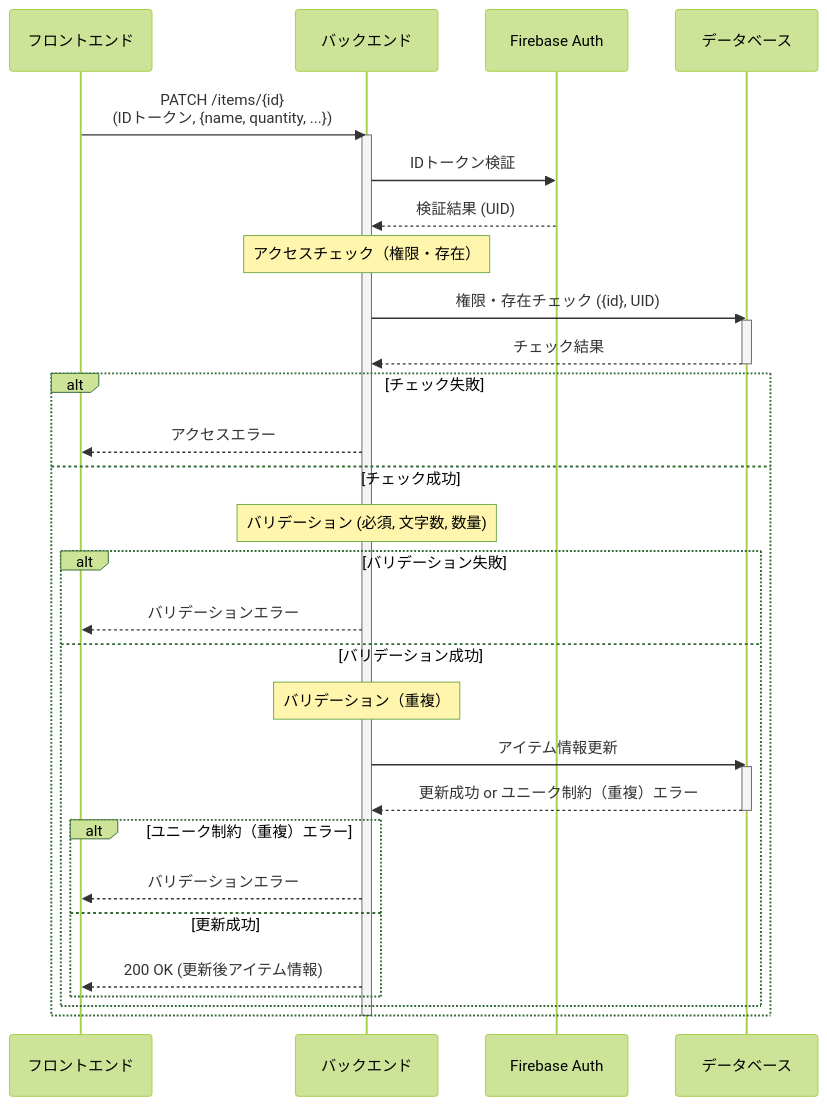
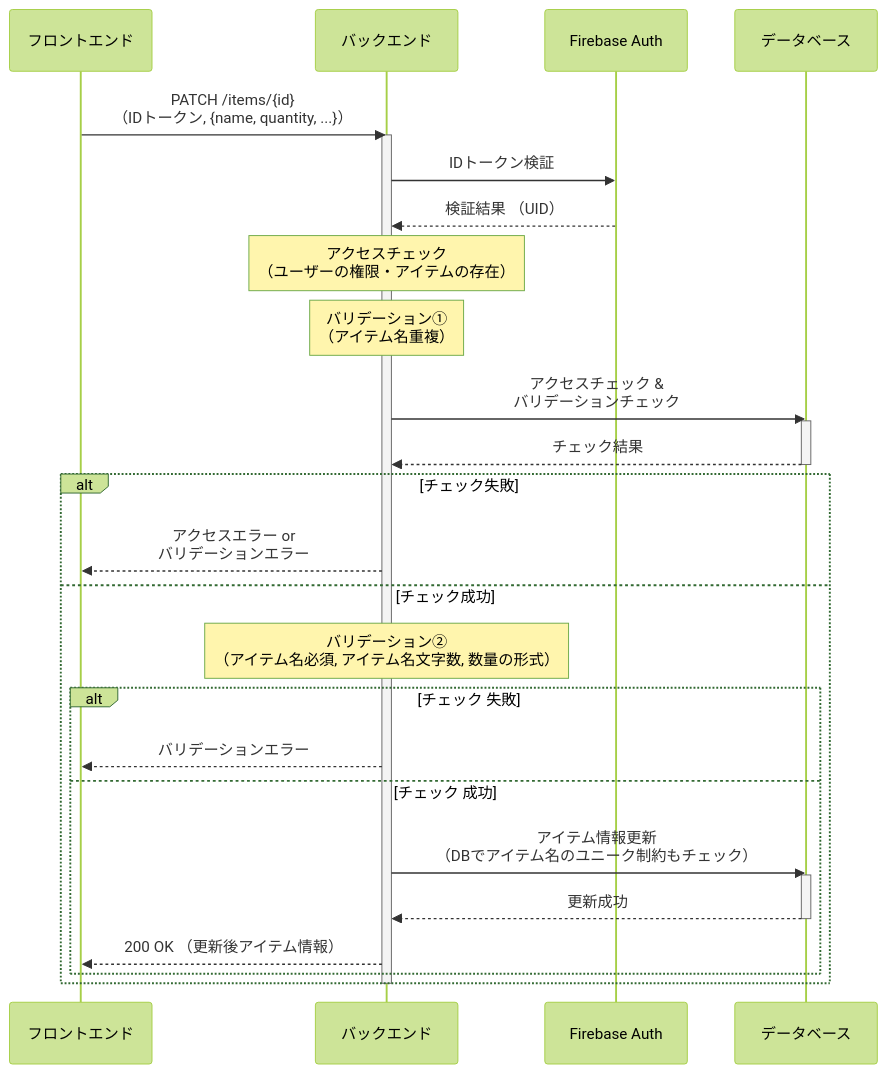
The eighth of 9 diagrams in doc/seaquence.md (miki-hayashi-71/inventory-api), drawn with Mermaid (forest theme) before and after one commit. The commit also changed other lines of this file, not shown here.

Commit message:
docs: Revise sequence diagram to clarify subjects and improve layout

````diff
--- a/doc/seaquence.md
+++ b/doc/seaquence.md
@@ -240,41 +236,36 @@
 ```mermaid
 sequenceDiagram
     participant フロントエンド
     participant バックエンド
     participant Firebase Auth
     participant データベース
 
-    フロントエンド->>バックエンド: PATCH /items/{id} <br> (IDトークン, {name, quantity, ...})
+    フロントエンド->>バックエンド: PATCH /items/{id} <br> （IDトークン, {name, quantity, ...}）
     activate バックエンド
     バックエンド->>Firebase Auth: IDトークン検証
-    Firebase Auth-->>バックエンド: 検証結果 (UID)
+    Firebase Auth-->>バックエンド: 検証結果 （UID）
 
-    note over バックエンド: アクセスチェック（権限・存在）
-    バックエンド->>データベース: 権限・存在チェック ({id}, UID)
+    note over バックエンド: アクセスチェック <br>（ユーザーの権限・アイテムの存在）
+    note over バックエンド: バリデーション① <br>（アイテム名重複）
+    バックエンド->>データベース: アクセスチェック &<br>バリデーションチェック
     activate データベース
     データベース-->>バックエンド: チェック結果
     deactivate データベース
 
     alt チェック失敗
-        バックエンド-->>フロントエンド: アクセスエラー
+        バックエンド-->>フロントエンド: アクセスエラー or<br>バリデーションエラー
     else チェック成功
-        note over バックエンド: バリデーション (必須, 文字数, 数量)
+        note over バックエンド: バリデーション② <br>（アイテム名必須, アイテム名文字数, 数量の形式）
         
-        alt バリデーション失敗
+        alt チェック 失敗
             バックエンド-->>フロントエンド: バリデーションエラー
-        else バリデーション成功
-            note over バックエンド: バリデーション（重複）
-            バックエンド->>データベース: アイテム情報更新
+        else チェック 成功
+            バックエンド->>データベース: アイテム情報更新 <br>（DBでアイテム名のユニーク制約もチェック）
             activate データベース
-            データベース-->>バックエンド: 更新成功 or ユニーク制約（重複）エラー
+            データベース-->>バックエンド: 更新成功
             deactivate データベース
-
-            alt ユニーク制約（重複）エラー
-                バックエンド-->>フロントエンド: バリデーションエラー
-            else 更新成功
-                バックエンド-->>フロントエンド: 200 OK (更新後アイテム情報)
-            end
+            バックエンド-->>フロントエンド: 200 OK （更新後アイテム情報）
         end
     end
     deactivate バックエンド
 ```
````
